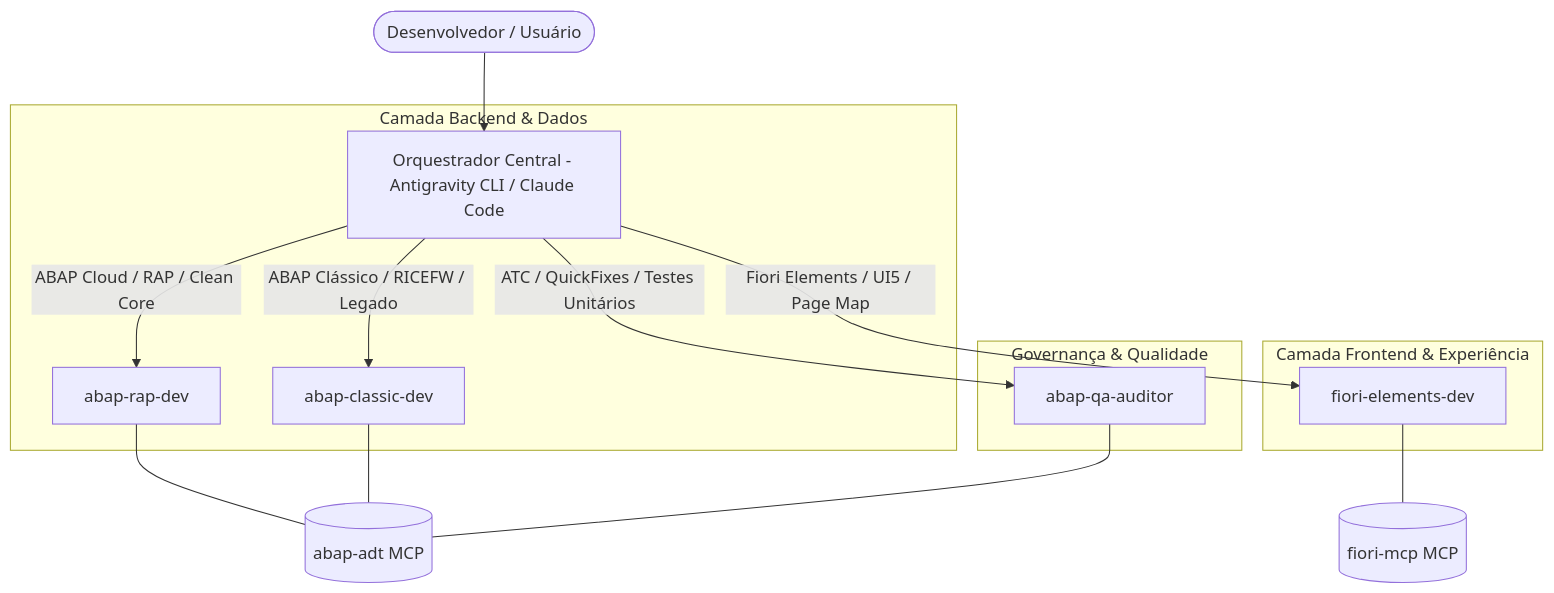
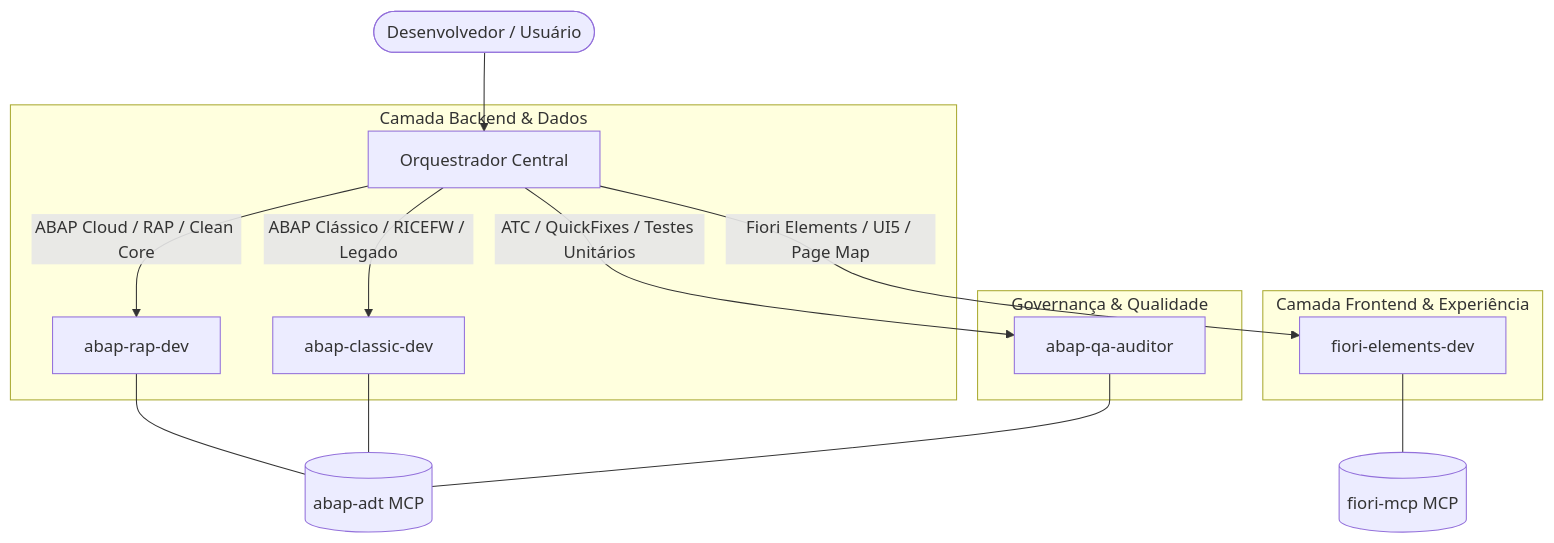
The diagram in README.md (josevictormartinsdasilva/abap-full-stack-sample), drawn with Mermaid before and after one commit. The commit also changed other lines of this file and 6 other files, not shown here.

````diff
--- a/README.md
+++ b/README.md
@@ -11,22 +11,22 @@
 ```mermaid
 flowchart TD
-    User([Desenvolvedor / Usuário]) --> Lead[Orquestrador Central - Antigravity CLI / Claude Code]
+    User([Desenvolvedor / Usuário]) --> Lead[Orquestrador Central]
 
     subgraph Backend_Layer["Camada Backend & Dados"]
         Lead -->|ABAP Cloud / RAP / Clean Core| RAP["abap-rap-dev"]
         Lead -->|ABAP Clássico / RICEFW / Legado| Classic["abap-classic-dev"]
     end
 
     subgraph Frontend_Layer["Camada Frontend & Experiência"]
         Lead -->|Fiori Elements / UI5 / Page Map| Fiori["fiori-elements-dev"]
     end
 
     subgraph Quality_Layer["Governança & Qualidade"]
         Lead -->|ATC / QuickFixes / Testes Unitários| QA["abap-qa-auditor"]
     end
 
     RAP --- ADT_MCP[(abap-adt MCP)]
     Classic --- ADT_MCP
     Fiori --- FIORI_MCP[(fiori-mcp MCP)]
     QA --- ADT_MCP
 ```
````
